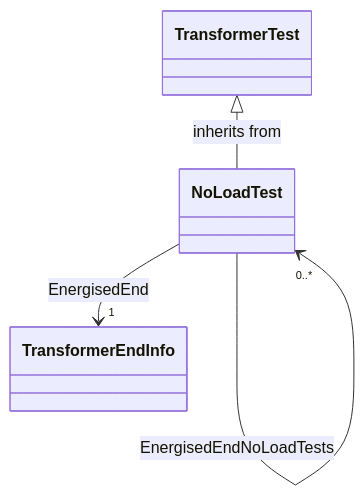
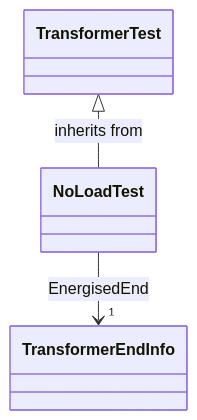
The second of 14 diagrams in cimgraph/data_profile/cim18gmdm/asset/Asset.rdfs-t2b.md (PNNL-CIM-Tools/CIM-Graph), drawn with Mermaid before and after one commit. The commit also changed other lines of this file, not shown here.

````diff
--- a/cimgraph/data_profile/cim18gmdm/asset/Asset.rdfs-t2b.md
+++ b/cimgraph/data_profile/cim18gmdm/asset/Asset.rdfs-t2b.md
@@ -173,8 +157,7 @@
 ```mermaid
 classDiagram
 class NoLoadTest{
 }
 TransformerTest <|-- NoLoadTest : inherits from
 NoLoadTest --> "1" TransformerEndInfo : EnergisedEnd
-NoLoadTest --> "0..*" NoLoadTest : EnergisedEndNoLoadTests
 ```
````
